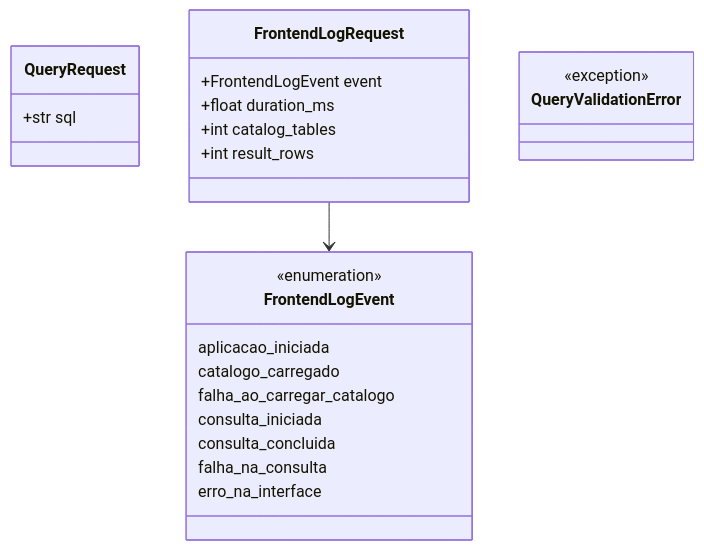
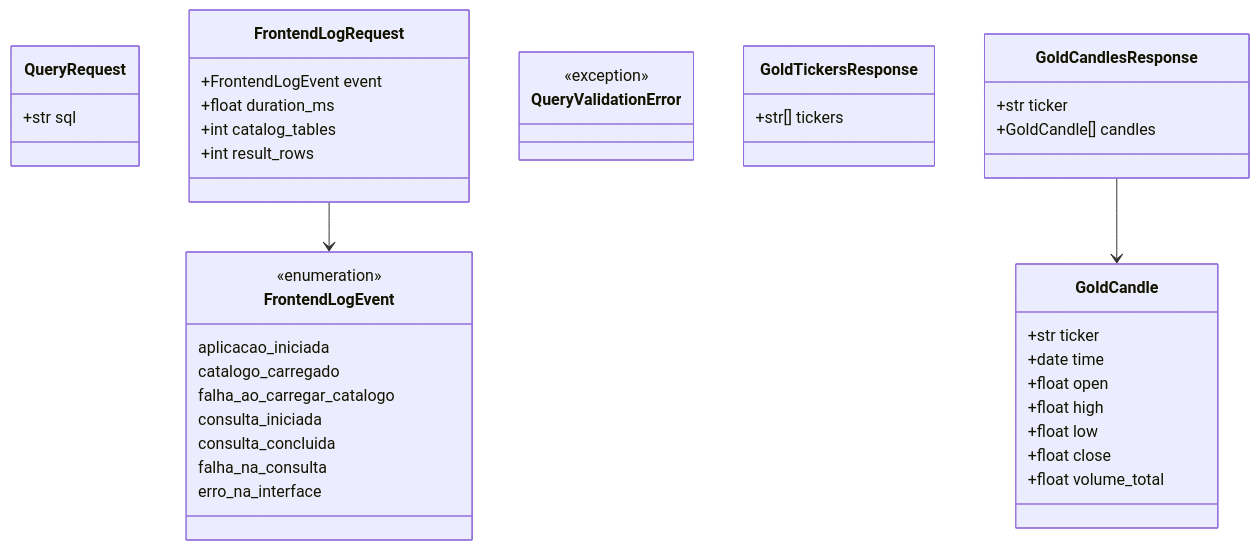
One commit to BiellBatista/Python.DataEngineering changed the first of 3 diagrams in B3-Web-App/docs/diagrama-classes.md. Above: the diagram before and after it, drawn with Mermaid. The commit also changed other lines of this file and 25 other files, not shown here.

First line of the commit message:
feat: add Gold candles chart tab and rename app to Data Process

````diff
--- a/B3-Web-App/docs/diagrama-classes.md
+++ b/B3-Web-App/docs/diagrama-classes.md
@@ -5,26 +5,43 @@
 ```mermaid
 classDiagram
     class QueryRequest {
         +str sql
     }
     class FrontendLogRequest {
         +FrontendLogEvent event
         +float duration_ms
         +int catalog_tables
         +int result_rows
     }
     class FrontendLogEvent {
         <<enumeration>>
         aplicacao_iniciada
         catalogo_carregado
         falha_ao_carregar_catalogo
         consulta_iniciada
         consulta_concluida
         falha_na_consulta
         erro_na_interface
     }
     class QueryValidationError {
         <<exception>>
     }
+    class GoldTickersResponse {
+        +str[] tickers
+    }
+    class GoldCandle {
+        +str ticker
+        +date time
+        +float open
+        +float high
+        +float low
+        +float close
+        +float volume_total
+    }
+    class GoldCandlesResponse {
+        +str ticker
+        +GoldCandle[] candles
+    }
     FrontendLogRequest --> FrontendLogEvent
+    GoldCandlesResponse --> GoldCandle
 ```
````
